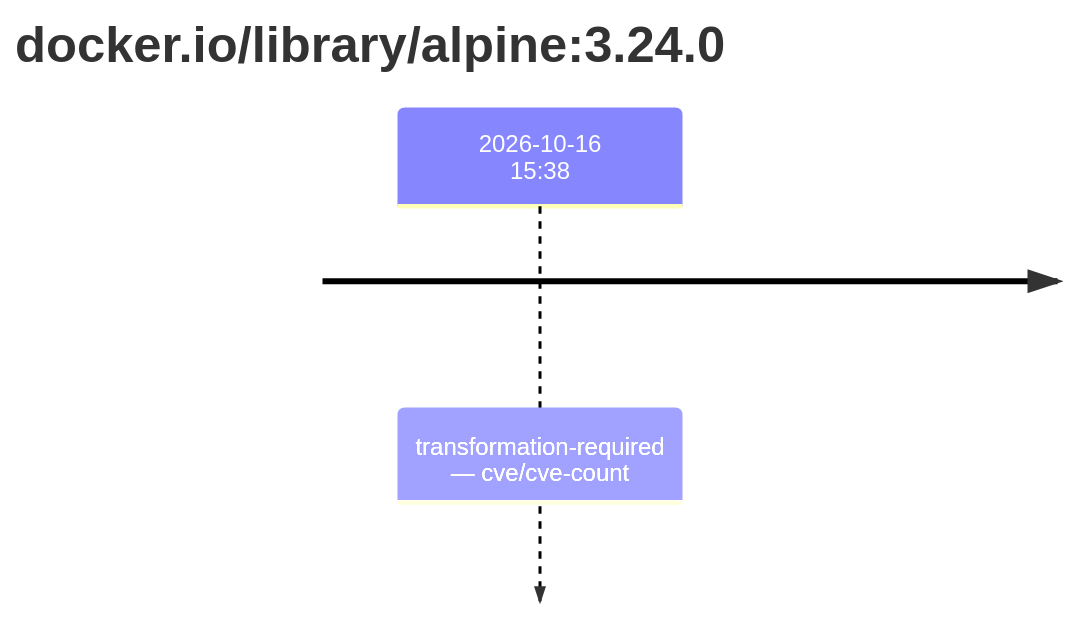
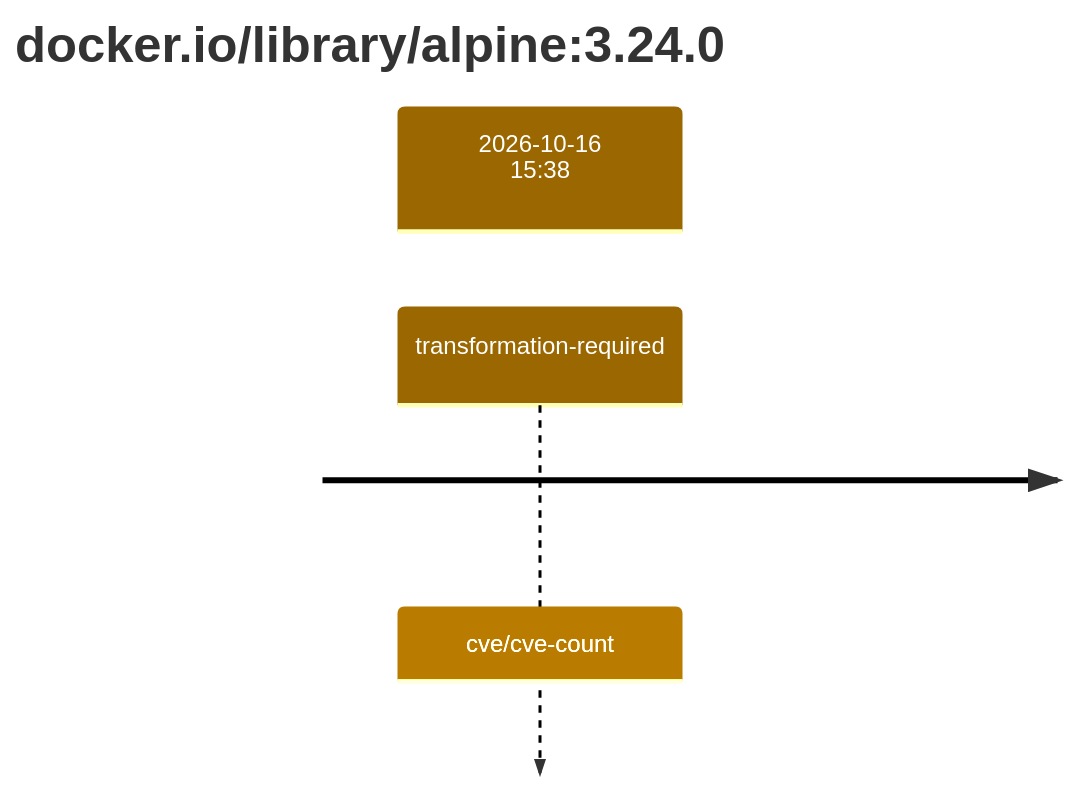
One commit to trivoallan/base-images changed the first of 2 diagrams in results/reports/base-alpine-3/sha256:a2d49ea686c2adfe3c992e47dc3b5e7fa6e6b5055609400dc2acaeb241c829f4.md. Above: the diagram before and after it, drawn with Mermaid. The commit also changed other lines of this file and 5 other files, not shown here.

````diff
--- a/results/reports/base-alpine-3/sha256:a2d49ea686c2adfe3c992e47dc3b5e7fa6e6b5055609400dc2acaeb241c829f4.md
+++ b/results/reports/base-alpine-3/sha256:a2d49ea686c2adfe3c992e47dc3b5e7fa6e6b5055609400dc2acaeb241c829f4.md
@@ -5,5 +5,7 @@
 ```mermaid
+%%{init: {"theme": "default", "themeVariables": {"cScale0": "#9a6700", "cScaleLabel0": "#ffffff"}}}%%
 timeline
     title docker.io/library/alpine#58;3.24.0
-    2026-10-16 15#58;38 : transformation-required — cve/cve-count
+    section 2026-10-16 15#58;38
+        transformation-required : cve/cve-count
 ```
````
